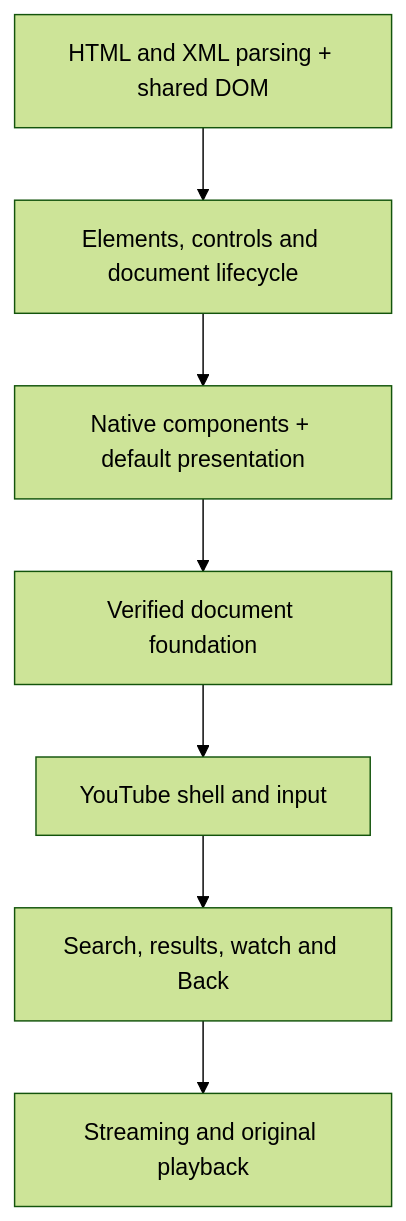
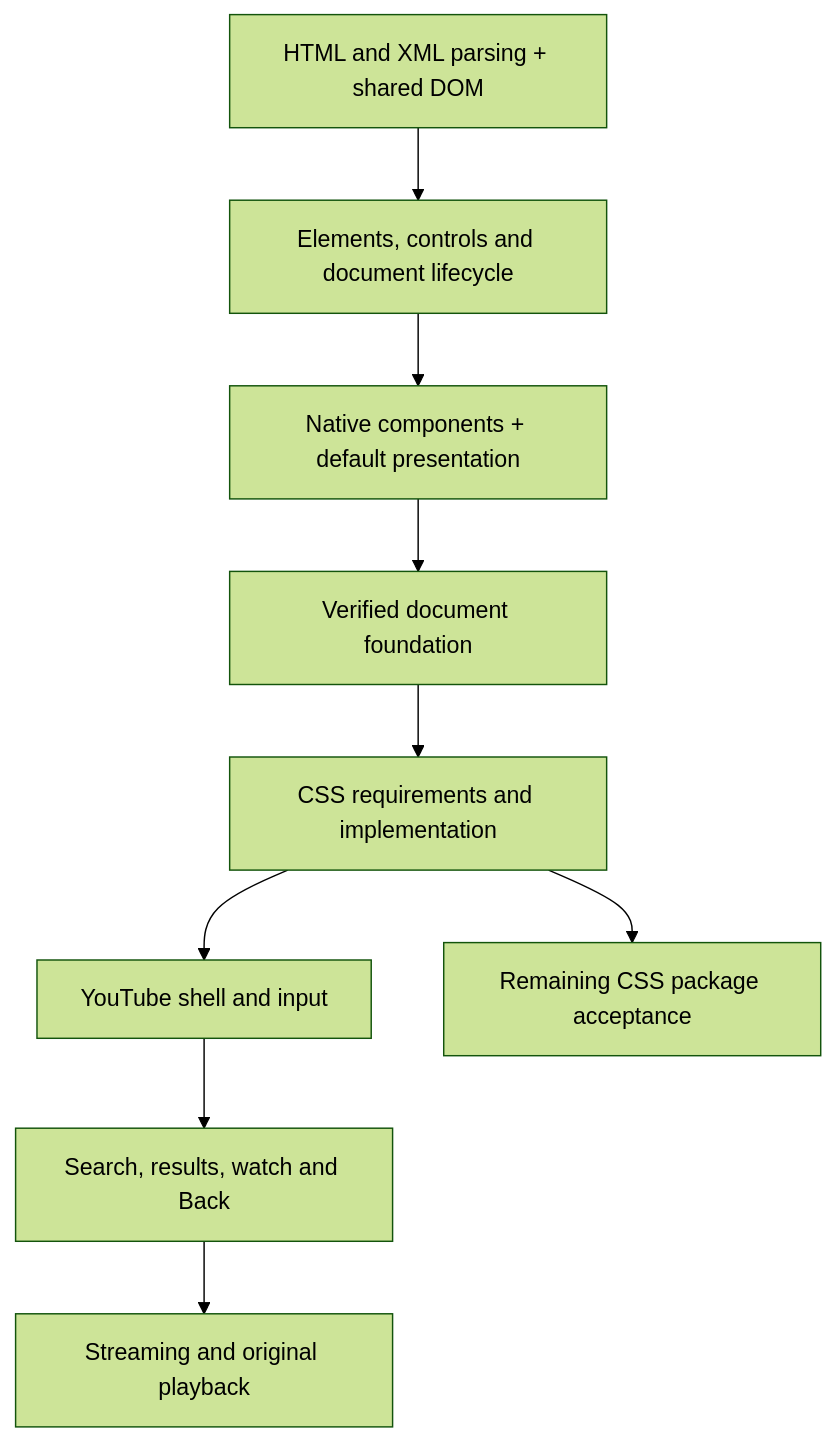
The diagram in docs/ROADMAP.md (c-a-t-f-o-o-d/chezcat-browser), drawn with Mermaid (forest theme) before and after one commit. The commit also changed other lines of this file and 11 other files, not shown here.

````diff
--- a/docs/ROADMAP.md
+++ b/docs/ROADMAP.md
@@ -33,9 +33,11 @@
 ```mermaid
 flowchart TD
     CORE["HTML and XML parsing + shared DOM"] --> DOCS["Elements, controls and document lifecycle"]
     DOCS --> COMPONENTS["Native components + default presentation"]
     COMPONENTS --> GATE["Verified document foundation"]
-    GATE --> SHELL["YouTube shell and input"]
+    GATE --> CSS["CSS requirements and implementation"]
+    CSS --> SHELL["YouTube shell and input"]
+    CSS --> COVERAGE["Remaining CSS package acceptance"]
     SHELL --> JOURNEY["Search, results, watch and Back"]
     JOURNEY --> MEDIA["Streaming and original playback"]
 ```
````
